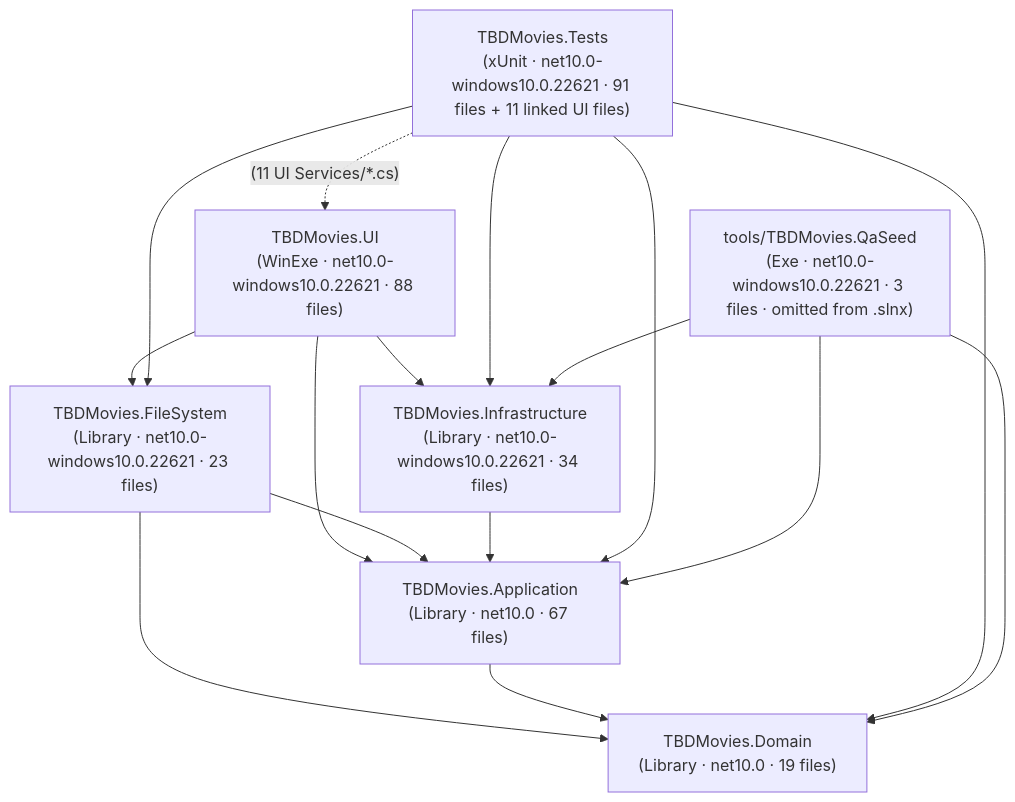
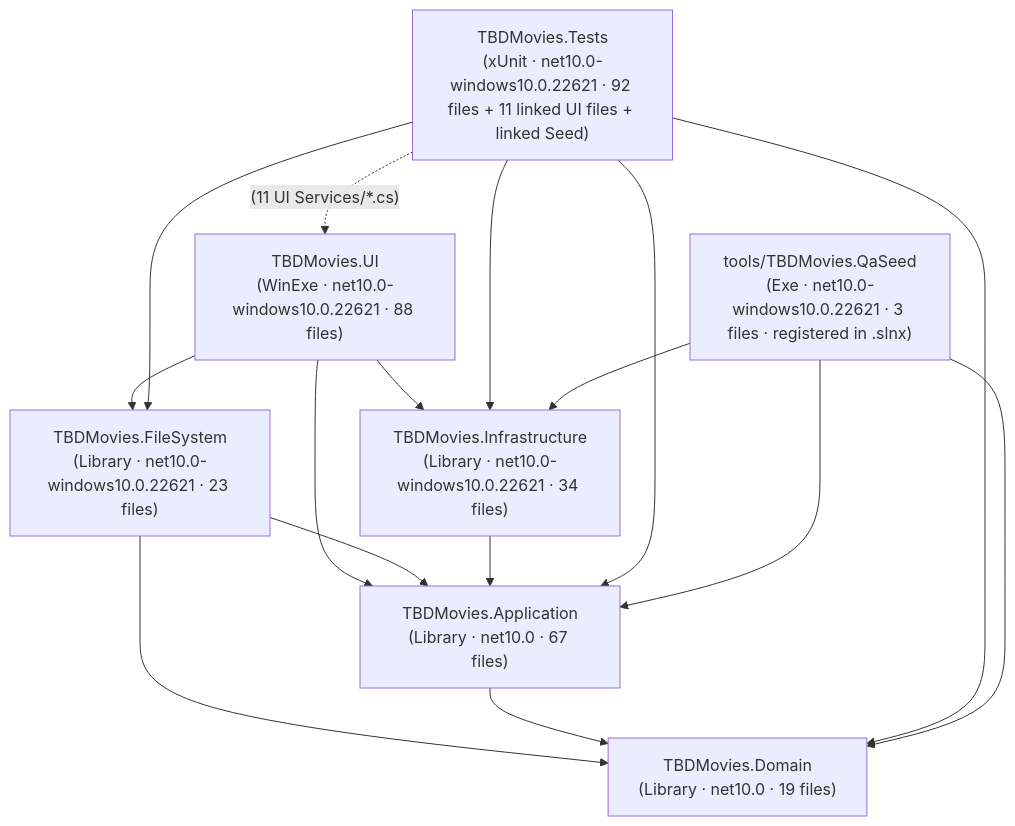
One commit to Mohaythem/TBD-Movies changed the diagram in EGM.md. Above: the diagram before and after it, drawn with Mermaid. The commit also changed other lines of this file and 11 other files, not shown here.

Commit message:
feat(tooling,packaging): align QaSeed with Schema v23, integrate slnx, harden AppMutex and Inno Setup (Batch 7.2 - C-17, [L8])

````diff
--- a/EGM.md
+++ b/EGM.md
@@ -14,28 +14,28 @@
 ```mermaid
 flowchart TD
     UI["TBDMovies.UI<br/>(WinExe · net10.0-windows10.0.22621 · 88 files)"]
     FS["TBDMovies.FileSystem<br/>(Library · net10.0-windows10.0.22621 · 23 files)"]
     INFRA["TBDMovies.Infrastructure<br/>(Library · net10.0-windows10.0.22621 · 34 files)"]
     APP["TBDMovies.Application<br/>(Library · net10.0 · 67 files)"]
     DOM["TBDMovies.Domain<br/>(Library · net10.0 · 19 files)"]
-    TESTS["TBDMovies.Tests<br/>(xUnit · net10.0-windows10.0.22621 · 91 files + 11 linked UI files)"]
-    QASEED["tools/TBDMovies.QaSeed<br/>(Exe · net10.0-windows10.0.22621 · 3 files · omitted from .slnx)"]
+    TESTS["TBDMovies.Tests<br/>(xUnit · net10.0-windows10.0.22621 · 92 files + 11 linked UI files + linked Seed)"]
+    QASEED["tools/TBDMovies.QaSeed<br/>(Exe · net10.0-windows10.0.22621 · 3 files · registered in .slnx)"]
 
     UI --> APP
     UI --> INFRA
     UI --> FS
     FS --> APP
     FS --> DOM
     INFRA --> APP
     APP --> DOM
 
     TESTS --> DOM
     TESTS --> APP
     TESTS --> FS
     TESTS --> INFRA
     TESTS -. "<Compile Include> (11 UI Services/*.cs)" .-> UI
 
     QASEED --> INFRA
     QASEED --> APP
     QASEED --> DOM
 ```
````
